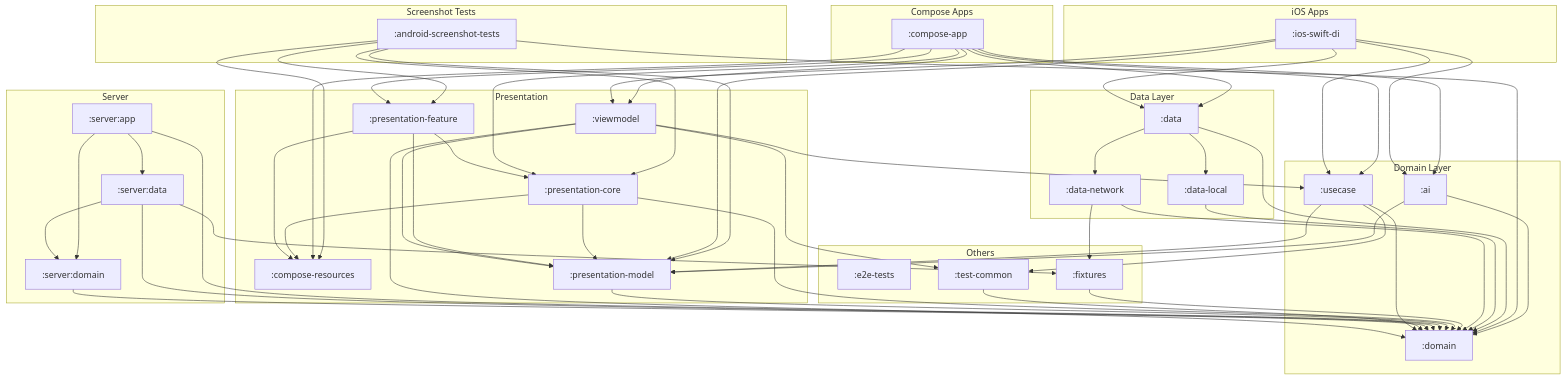
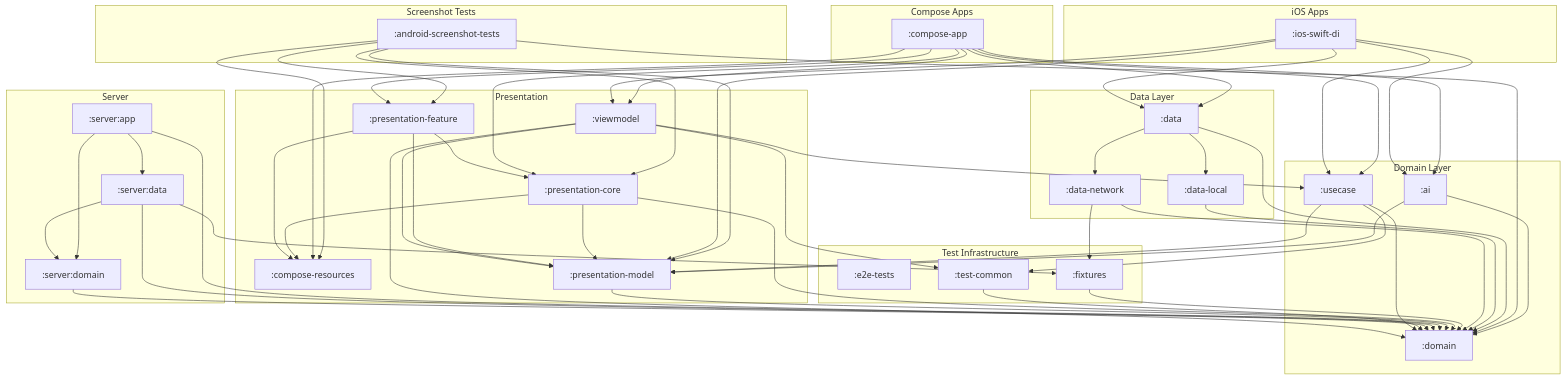
The diagram in docs/diagrams/kotlin_module_structure.mmd (cartland/battery-butler), drawn with Mermaid before and after one commit. The commit also changed 4 other files, not shown here.

Commit message:
Fix: Configure test modules for architecture diagrams

```diff
--- a/docs/diagrams/kotlin_module_structure.mmd
+++ b/docs/diagrams/kotlin_module_structure.mmd
@@ -1,110 +1,110 @@
 graph TD
     subgraph "iOS Apps"
         IosSwiftDi[":ios-swift-di"]
     end
 
     subgraph "Compose Apps"
         ComposeApp[":compose-app"]
     end
 
     subgraph "Server"
         ServerApp[":server:app"]
         ServerData[":server:data"]
         ServerDomain[":server:domain"]
     end
 
     subgraph "Presentation"
         ComposeResources[":compose-resources"]
         PresentationCore[":presentation-core"]
         PresentationFeature[":presentation-feature"]
         PresentationModel[":presentation-model"]
         Viewmodel[":viewmodel"]
     end
 
     subgraph "Domain Layer"
         Ai[":ai"]
         Domain[":domain"]
         Usecase[":usecase"]
     end
 
     subgraph "Data Layer"
         Data[":data"]
         DataLocal[":data-local"]
         DataNetwork[":data-network"]
     end
 
     subgraph "Screenshot Tests"
         AndroidScreenshotTests[":android-screenshot-tests"]
     end
 
-    subgraph "Others"
+    subgraph "Test Infrastructure"
         E2eTests[":e2e-tests"]
         Fixtures[":fixtures"]
         TestCommon[":test-common"]
     end
 
     %% Dependencies
     Ai --> Domain
     Ai --> PresentationModel
 
     AndroidScreenshotTests --> ComposeResources
     AndroidScreenshotTests --> Domain
     AndroidScreenshotTests --> PresentationCore
     AndroidScreenshotTests --> PresentationFeature
     AndroidScreenshotTests --> PresentationModel
 
     ComposeApp --> Ai
     ComposeApp --> ComposeResources
     ComposeApp --> Data
     ComposeApp --> PresentationCore
     ComposeApp --> PresentationFeature
     ComposeApp --> Usecase
     ComposeApp --> Viewmodel
 
     Data --> DataLocal
     Data --> DataNetwork
     Data --> Domain
 
     DataLocal --> Domain
 
     DataNetwork --> Domain
     DataNetwork --> Fixtures
 
     Fixtures --> Domain
 
     IosSwiftDi --> Ai
     IosSwiftDi --> Data
     IosSwiftDi --> PresentationModel
     IosSwiftDi --> Usecase
     IosSwiftDi --> Viewmodel
 
     PresentationCore --> ComposeResources
     PresentationCore --> Domain
     PresentationCore --> PresentationModel
 
     PresentationFeature --> ComposeResources
     PresentationFeature --> PresentationCore
     PresentationFeature --> PresentationModel
 
     PresentationModel --> Domain
 
     ServerApp --> Domain
     ServerApp --> ServerData
     ServerApp --> ServerDomain
 
     ServerData --> Domain
     ServerData --> Fixtures
     ServerData --> ServerDomain
 
     ServerDomain --> Domain
 
     TestCommon --> Domain
 
     Usecase --> Domain
     Usecase --> PresentationModel
     Usecase --> TestCommon
 
     Viewmodel --> Domain
     Viewmodel --> PresentationModel
     Viewmodel --> TestCommon
     Viewmodel --> Usecase
```
